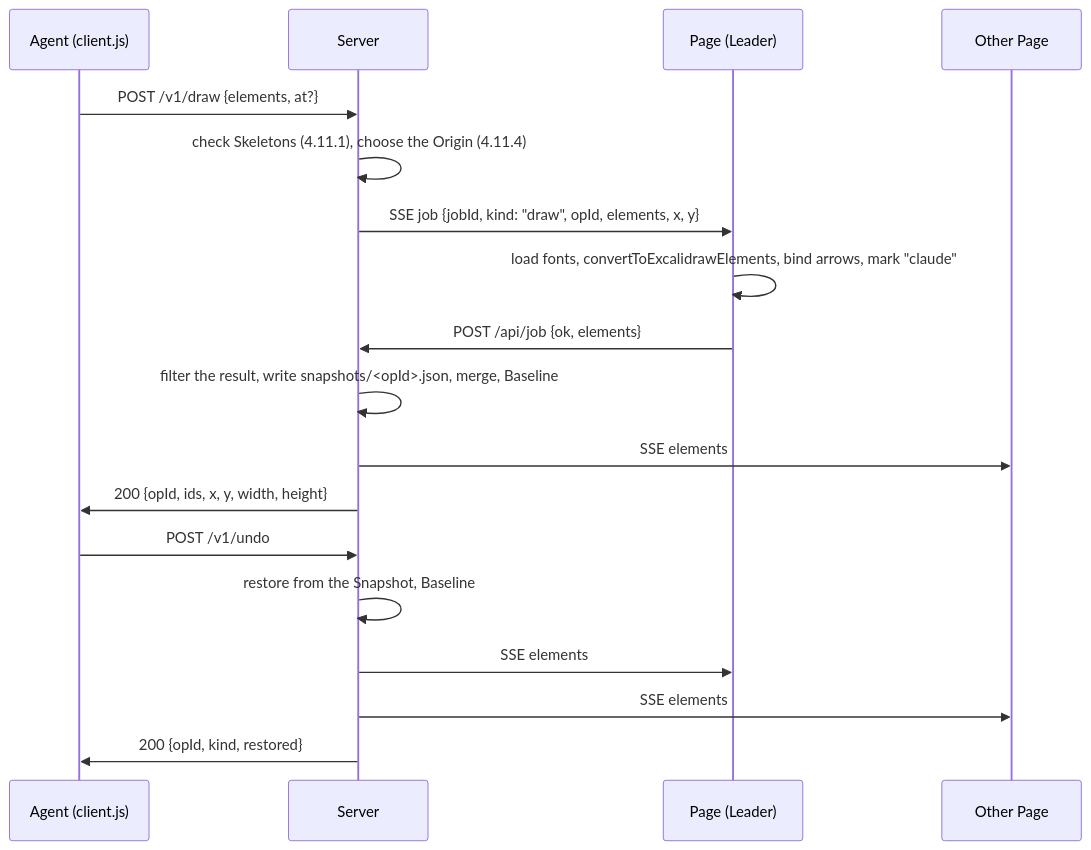
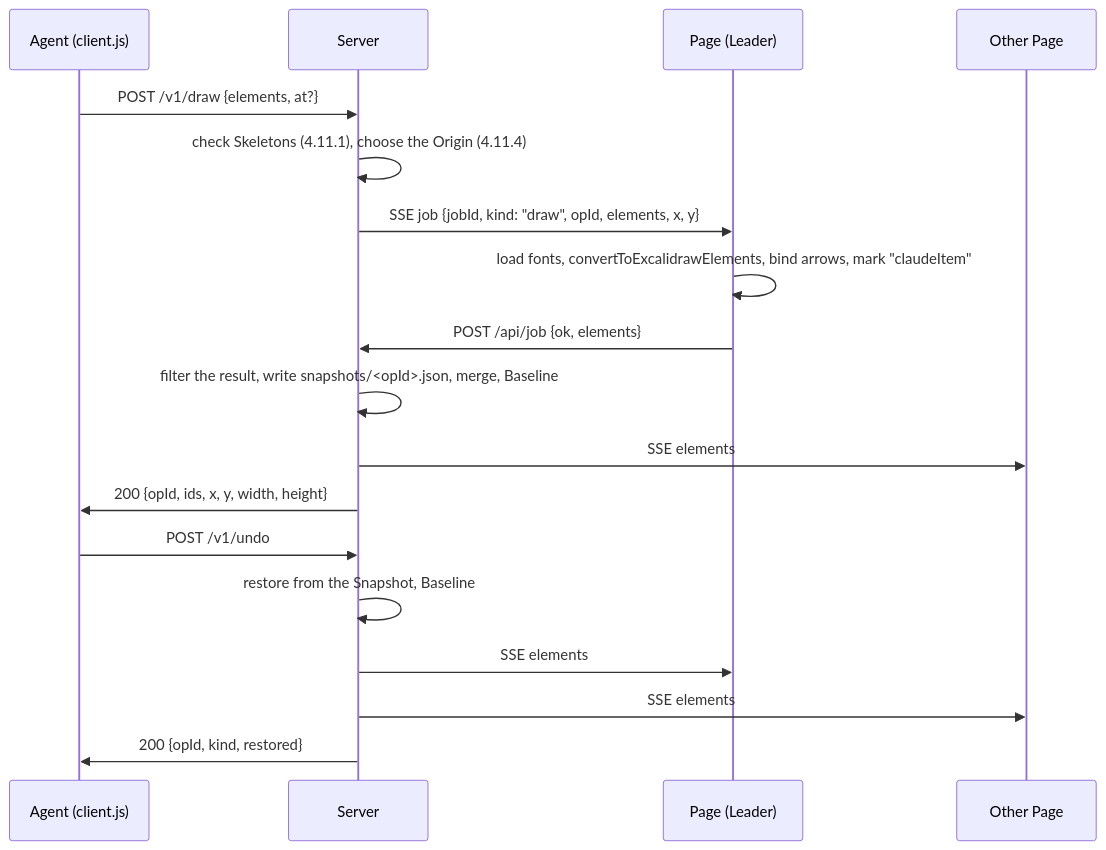
Before and after one commit to GoodRelax/gr-whiteboard: the seventh of 7 diagrams in docs/spec-en.md, drawn with Mermaid. The commit also changed other lines of this file and 61 other files, not shown here.

````diff
--- a/docs/spec-en.md
+++ b/docs/spec-en.md
@@ -636,20 +636,20 @@
 ```mermaid
 sequenceDiagram
     participant Agent as Agent (client.js)
     participant Server
     participant Page as Page (Leader)
     participant Other as Other Page
     Agent->>Server: POST /v1/draw {elements, at?}
     Server->>Server: check Skeletons (4.11.1), choose the Origin (4.11.4)
     Server->>Page: SSE job {jobId, kind: "draw", opId, elements, x, y}
-    Page->>Page: load fonts, convertToExcalidrawElements, bind arrows, mark "claude"
+    Page->>Page: load fonts, convertToExcalidrawElements, bind arrows, mark "claudeItem"
     Page->>Server: POST /api/job {ok, elements}
     Server->>Server: filter the result, write snapshots/<opId>.json, merge, Baseline
     Server->>Other: SSE elements
     Server->>Agent: 200 {opId, ids, x, y, width, height}
     Agent->>Server: POST /v1/undo
     Server->>Server: restore from the Snapshot, Baseline
     Server->>Page: SSE elements
     Server->>Other: SSE elements
     Server->>Agent: 200 {opId, kind, restored}
 ```
````
